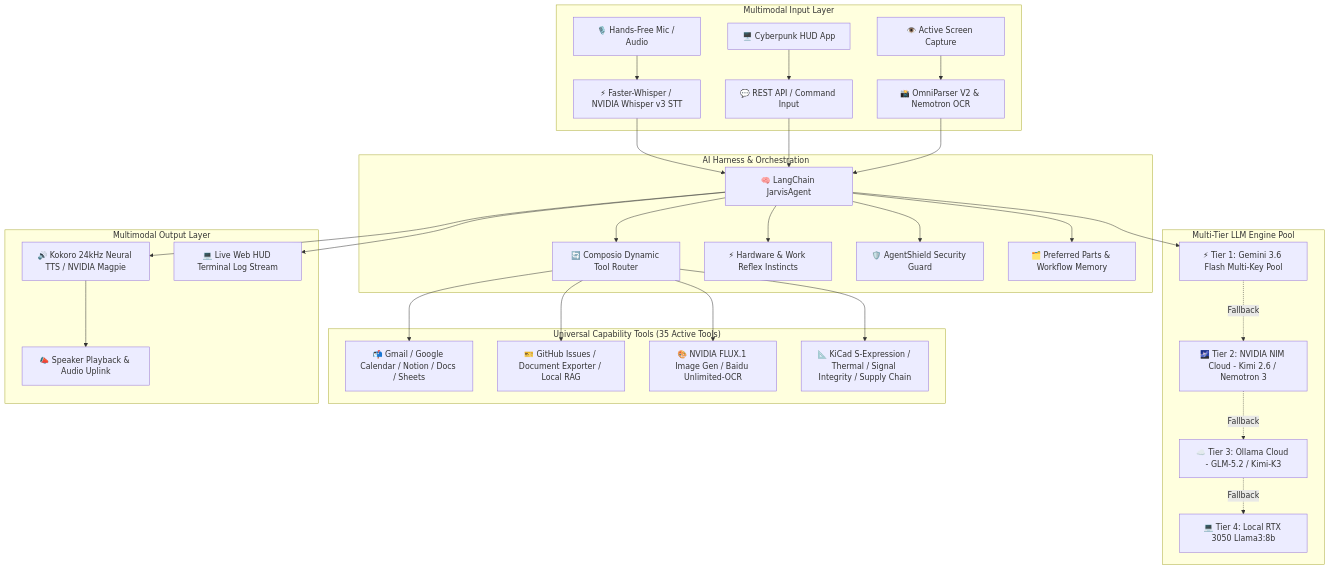
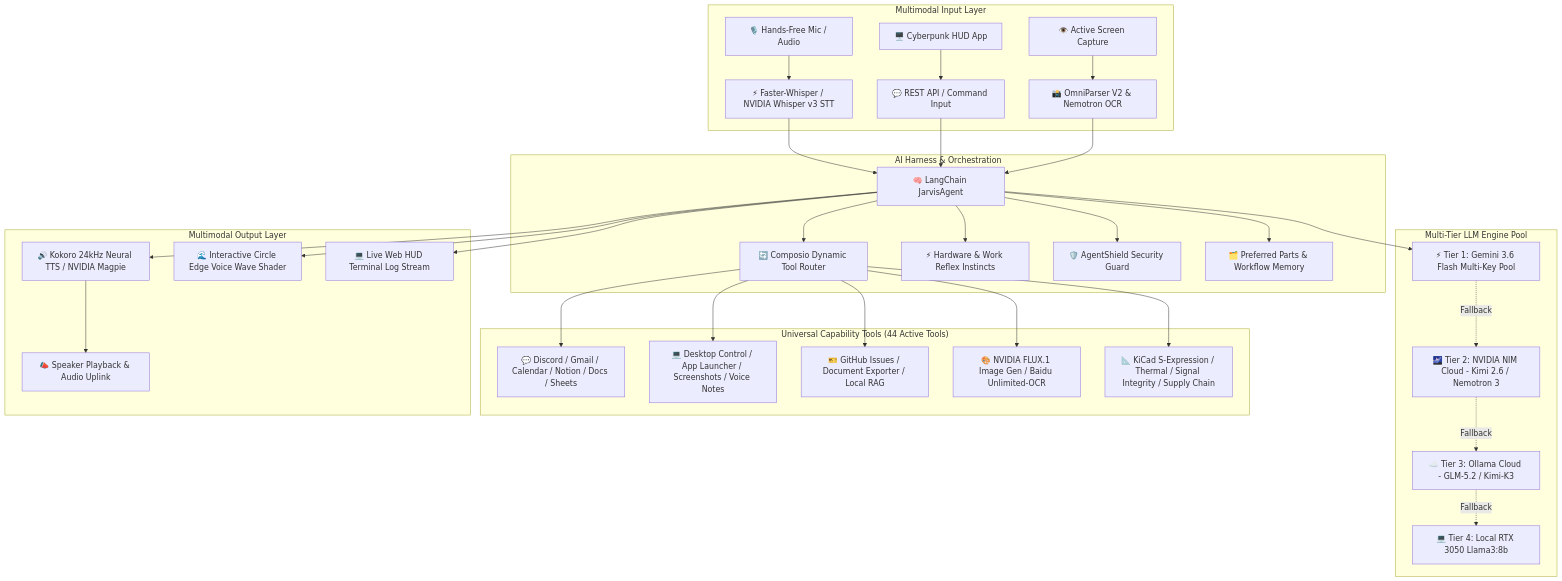
Before and after one commit to medboughrara/Jarvis-Copilot: the diagram in README.md, drawn with Mermaid. The commit also changed other lines of this file, not shown here.

Commit message:
Update README.md with 44 active capability tools, Discord Composio integration, WebGL dynamic voice wave, and desktop system controls

````diff
--- a/README.md
+++ b/README.md
@@ -33,38 +33,40 @@
 ```mermaid
 graph TD
     subgraph IN ["Multimodal Input Layer"]
         MIC["🎙️ Hands-Free Mic / Audio"] --> STT["⚡ Faster-Whisper / NVIDIA Whisper v3 STT"]
         UI["🖥️ Cyberpunk HUD App"] --> CMD["💬 REST API / Command Input"]
         SCR["👁️ Active Screen Capture"] --> OCR["📸 OmniParser V2 & Nemotron OCR"]
     end
     
     subgraph ORCH ["AI Harness & Orchestration"]
         STT --> AGENT["🧠 LangChain JarvisAgent"]
         CMD --> AGENT
         OCR --> AGENT
         AGENT --> ROUTER["🔄 Composio Dynamic Tool Router"]
         AGENT --> INST["⚡ Hardware & Work Reflex Instincts"]
         AGENT --> SEC["🛡️ AgentShield Security Guard"]
         AGENT --> MEM["🗂️ Preferred Parts & Workflow Memory"]
     end
     
     subgraph BRAIN ["Multi-Tier LLM Engine Pool"]
         AGENT --> T1["⚡ Tier 1: Gemini 3.6 Flash Multi-Key Pool"]
         T1 -.->|Fallback| T2["🌌 Tier 2: NVIDIA NIM Cloud - Kimi 2.6 / Nemotron 3"]
         T2 -.->|Fallback| T3["☁️ Tier 3: Ollama Cloud - GLM-5.2 / Kimi-K3"]
         T3 -.->|Fallback| T4["💻 Tier 4: Local RTX 3050 Llama3:8b"]
     end
     
-    subgraph SUITE ["Universal Capability Tools (35 Active Tools)"]
-        ROUTER --> APPS["📬 Gmail / Google Calendar / Notion / Docs / Sheets"]
+    subgraph SUITE ["Universal Capability Tools (44 Active Tools)"]
+        ROUTER --> APPS["💬 Discord / Gmail / Calendar / Notion / Docs / Sheets"]
+        ROUTER --> SYS["💻 Desktop Control / App Launcher / Screenshots / Voice Notes"]
         ROUTER --> DEV["🎫 GitHub Issues / Document Exporter / Local RAG"]
         ROUTER --> VIS["🎨 NVIDIA FLUX.1 Image Gen / Baidu Unlimited-OCR"]
         ROUTER --> HW["📐 KiCad S-Expression / Thermal / Signal Integrity / Supply Chain"]
     end
     
     subgraph OUT ["Multimodal Output Layer"]
         AGENT --> TTS["🔊 Kokoro 24kHz Neural TTS / NVIDIA Magpie"]
         TTS --> SPK["📣 Speaker Playback & Audio Uplink"]
+        AGENT --> WEBGL["🌊 Interactive Circle Edge Voice Wave Shader"]
         AGENT --> HUD_LOG["💻 Live Web HUD Terminal Log Stream"]
     end
 ```
````
